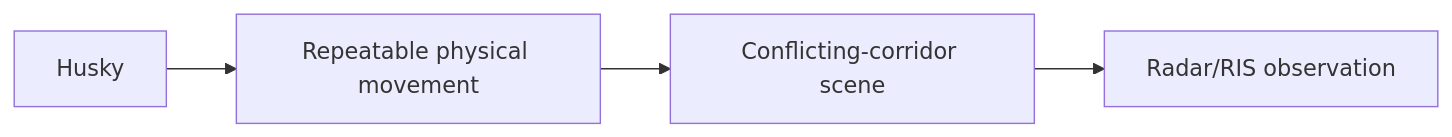
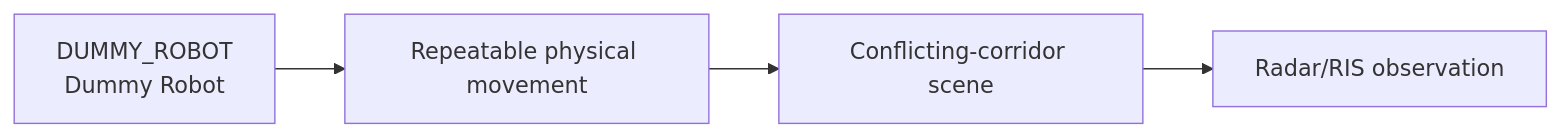
The fourth of 21 diagrams in system/architecture.md (kirolossedra/RIS-Robotics), drawn with Mermaid before and after one commit. The commit also changed other lines of this file and 7 other files, not shown here.

````diff
--- a/system/architecture.md
+++ b/system/architecture.md
@@ -176,6 +191,6 @@
 ```mermaid
 flowchart LR
-    H[Husky] --> MOVE[Repeatable physical movement]
+    H[DUMMY_ROBOT<br/>Dummy Robot] --> MOVE[Repeatable physical movement]
     MOVE --> SCENE[Conflicting-corridor scene]
     SCENE --> SENSE[Radar/RIS observation]
 ```
````
